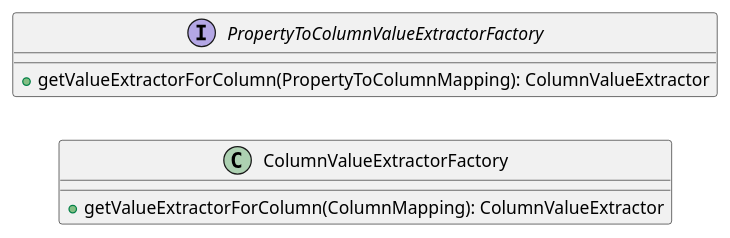
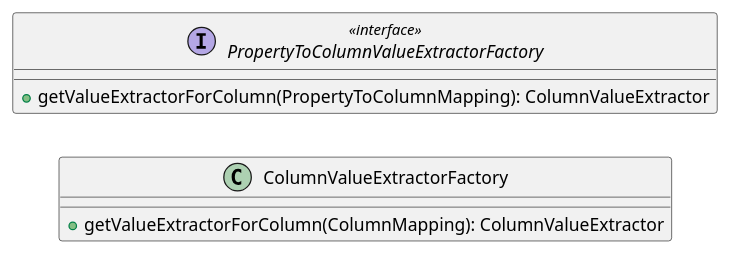
The diagram in doc/diagrams/valueExtractorFactory.puml (exasol/dynamodb-virtual-schema), drawn with PlantUML before and after one commit. The commit also changed 7 other files, not shown here.

Commit message:
added interface annotation to diagrams

```diff
--- a/doc/diagrams/valueExtractorFactory.puml
+++ b/doc/diagrams/valueExtractorFactory.puml
@@ -1,12 +1,12 @@
 @startuml
 left to right direction
 
 class ColumnValueExtractorFactory{
 + getValueExtractorForColumn(ColumnMapping): ColumnValueExtractor
 }
 
-interface PropertyToColumnValueExtractorFactory{
+interface  PropertyToColumnValueExtractorFactory <<interface>> {
 + getValueExtractorForColumn(PropertyToColumnMapping): ColumnValueExtractor
 }
 
 @enduml
```
